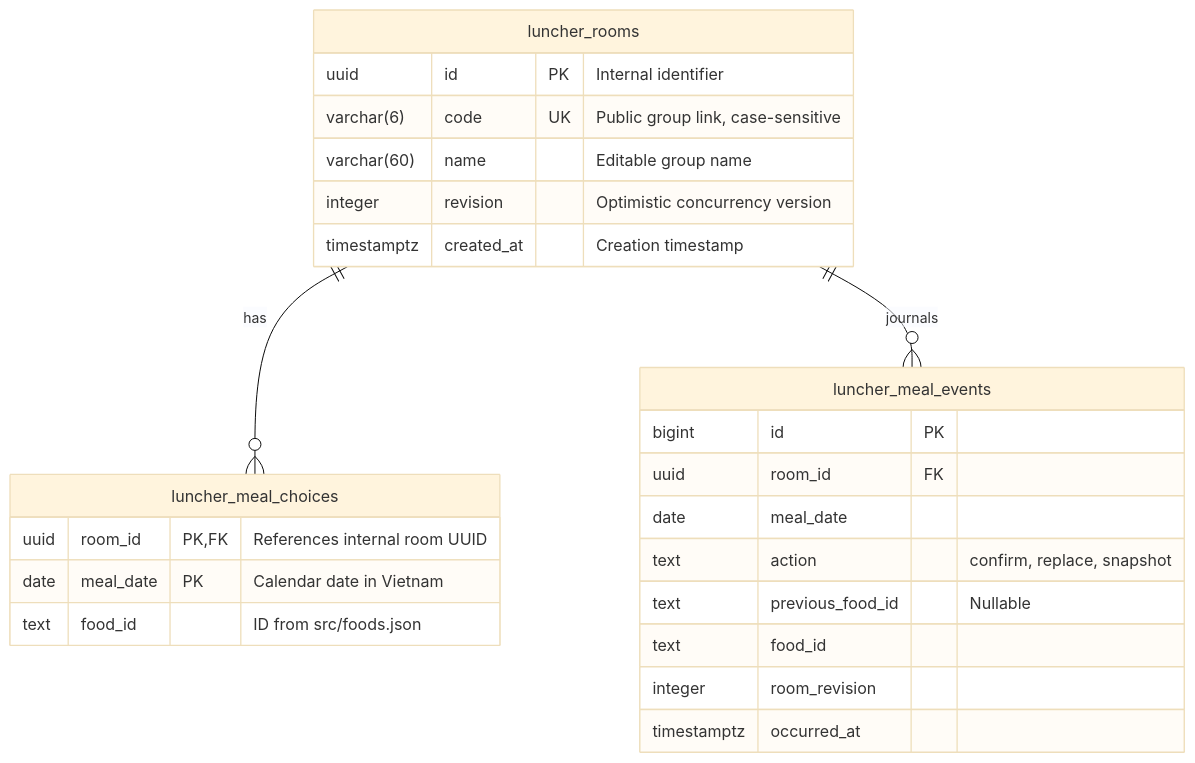
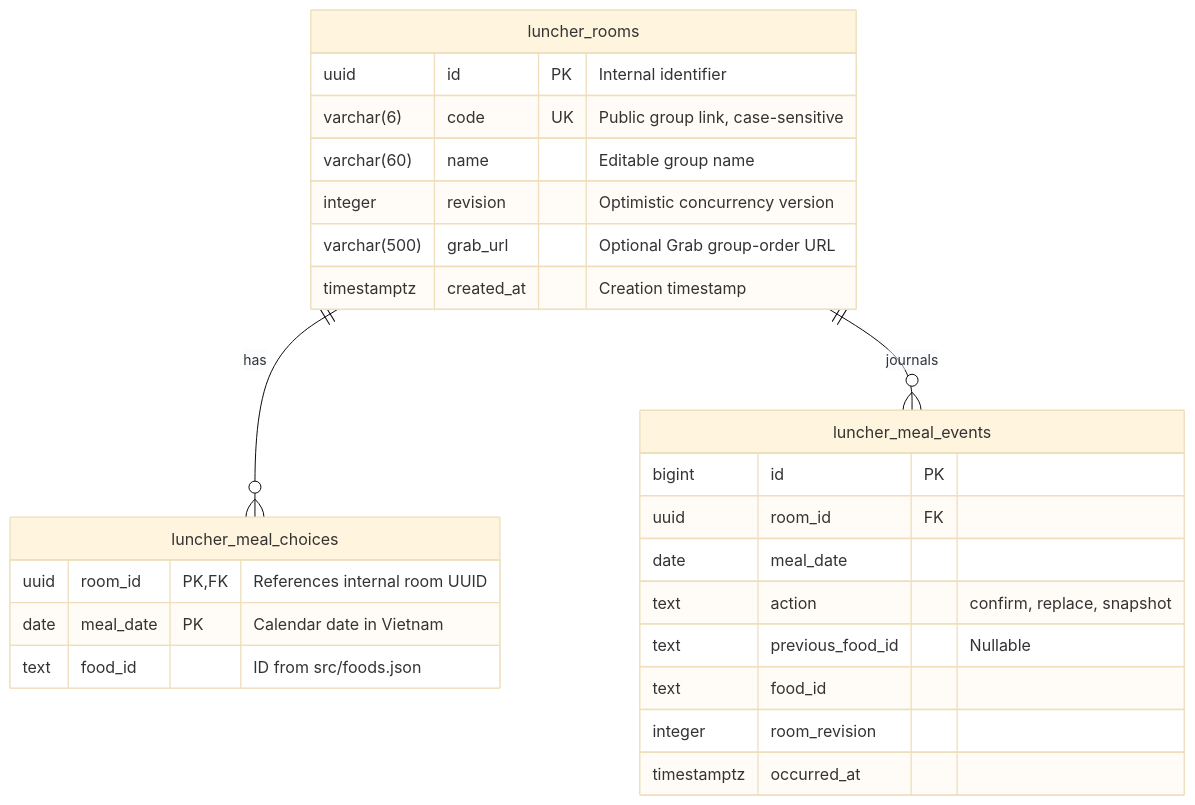
The diagram in docs/database-design.md (nqnhut92/luncher), drawn with Mermaid (base theme) before and after one commit. The commit also changed other lines of this file and 4 other files, not shown here.

Commit message:
Document shared agent rules and Grab group-order behavior

````diff
--- a/docs/database-design.md
+++ b/docs/database-design.md
@@ -7,27 +7,28 @@
 ```mermaid
 erDiagram
     luncher_rooms ||--o{ luncher_meal_choices : has
     luncher_rooms ||--o{ luncher_meal_events : journals
     luncher_rooms {
         uuid id PK "Internal identifier"
         varchar(6) code UK "Public group link, case-sensitive"
         varchar(60) name "Editable group name"
         integer revision "Optimistic concurrency version"
+        varchar(500) grab_url "Optional Grab group-order URL"
         timestamptz created_at "Creation timestamp"
     }
     luncher_meal_events {
         bigint id PK
         uuid room_id FK
         date meal_date
         text action "confirm, replace, snapshot"
         text previous_food_id "Nullable"
         text food_id
         integer room_revision
         timestamptz occurred_at
     }
     luncher_meal_choices {
         uuid room_id PK,FK "References internal room UUID"
         date meal_date PK "Calendar date in Vietnam"
         text food_id "ID from src/foods.json"
     }
 ```
````
